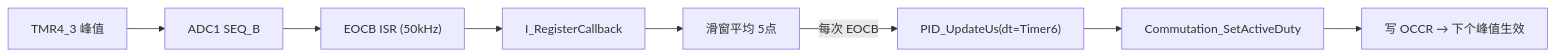
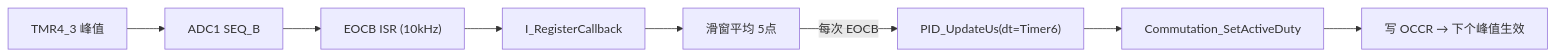
The first of 2 diagrams in ws_L_v.1.0.2/PI电流环.md (HCHCHC99/WS_L), drawn with Mermaid before and after one commit. The commit also changed other lines of this file and 6 other files, not shown here.

````diff
--- a/ws_L_v.1.0.2/PI电流环.md
+++ b/ws_L_v.1.0.2/PI电流环.md
@@ -91,10 +91,10 @@
 ```mermaid
 flowchart LR
     PWM["TMR4_3 峰值"] --> ADC["ADC1 SEQ_B"]
-    ADC --> ISR["EOCB ISR (50kHz)"]
+    ADC --> ISR["EOCB ISR (10kHz)"]
     ISR --> CB["I_RegisterCallback"]
     CB --> ACC["滑窗平均 5点"]
     ACC -->|"每次 EOCB"| CTL["PID_UpdateUs(dt=Timer6)"]
     CTL --> DUTY["Commutation_SetActiveDuty"]
     DUTY --> OCCR["写 OCCR → 下个峰值生效"]
 ```
````
